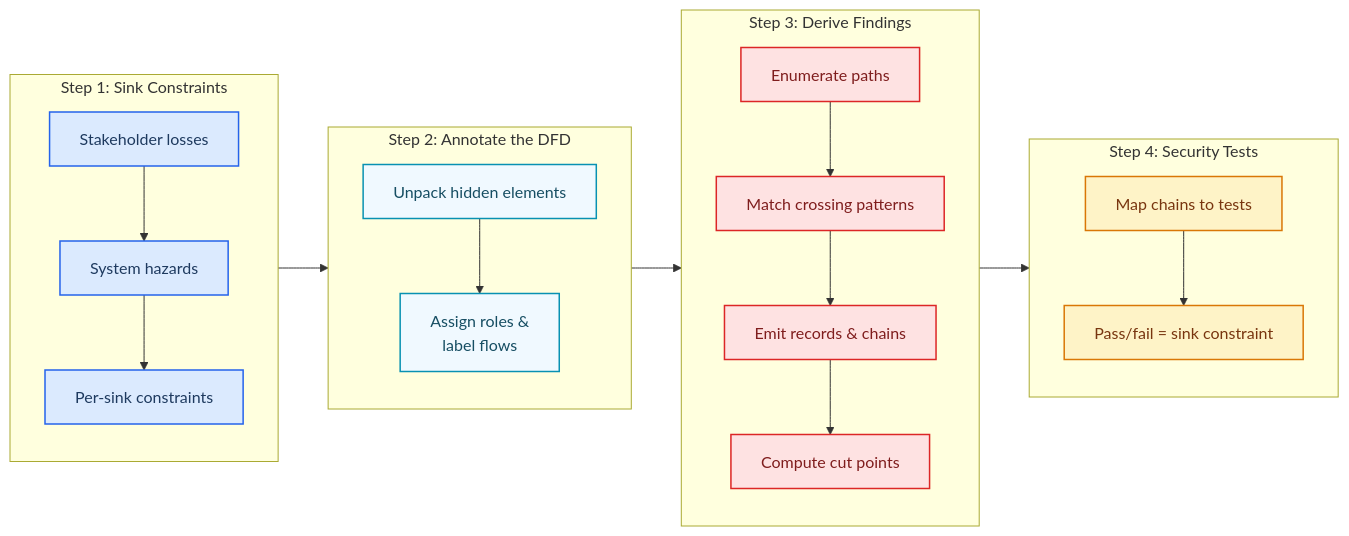
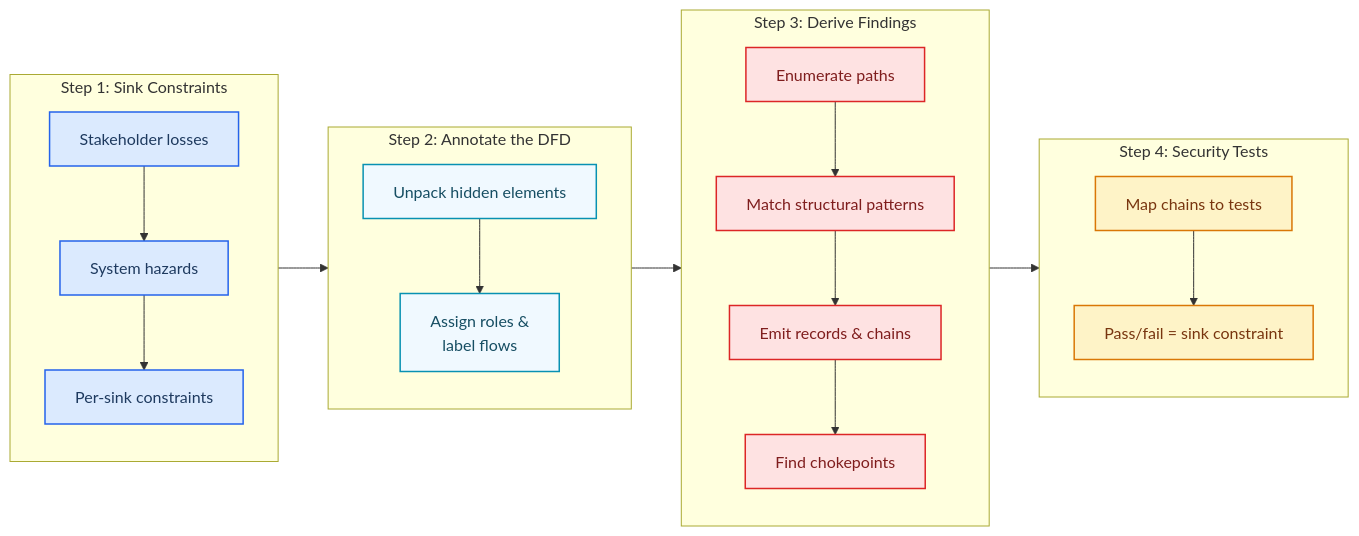
Before and after one commit to cosai-oasis/ws4-secure-design-agentic-systems: the fifth of 12 diagrams in whitepapers/modality_agnostic_taxonomy.md, drawn with Mermaid. The commit also changed other lines of this file, not shown here.

````diff
--- a/whitepapers/modality_agnostic_taxonomy.md
+++ b/whitepapers/modality_agnostic_taxonomy.md
@@ -560,45 +560,45 @@
 ```mermaid
 flowchart LR
     subgraph STEP1["Step 1: Sink Constraints"]
         direction TB
         L["Stakeholder losses"]
         H["System hazards"]
         SC["Per-sink constraints"]
         L --> H --> SC
     end
 
     subgraph STEP2["Step 2: Annotate the DFD"]
         direction TB
         CK["Unpack hidden elements"]
         RF["Assign roles &<br/>label flows"]
         CK --> RF
     end
 
     subgraph STEP3["Step 3: Derive Findings"]
         direction TB
         P["Enumerate paths"]
-        X["Match crossing patterns"]
+        X["Match structural patterns"]
         MR["Emit records & chains"]
-        CP["Compute cut points"]
+        CP["Find chokepoints"]
         P --> X --> MR --> CP
     end
 
     subgraph STEP4["Step 4: Security Tests"]
         direction TB
         T["Map chains to tests"]
         O["Pass/fail = sink constraint"]
         T --> O
     end
 
     STEP1 --> STEP2 --> STEP3 --> STEP4
 
     classDef step1 fill:#dbeafe,stroke:#2563eb,stroke-width:1.5px,color:#1e3a5f
     classDef step2 fill:#f0f9ff,stroke:#0891b2,stroke-width:1.5px,color:#164e63
     classDef step3 fill:#fee2e2,stroke:#dc2626,stroke-width:1.5px,color:#7f1d1d
     classDef step4 fill:#fef3c7,stroke:#d97706,stroke-width:1.5px,color:#78350f
 
     class L,H,SC step1
     class CK,RF step2
     class P,X,MR,CP step3
     class T,O step4
 ```
````
